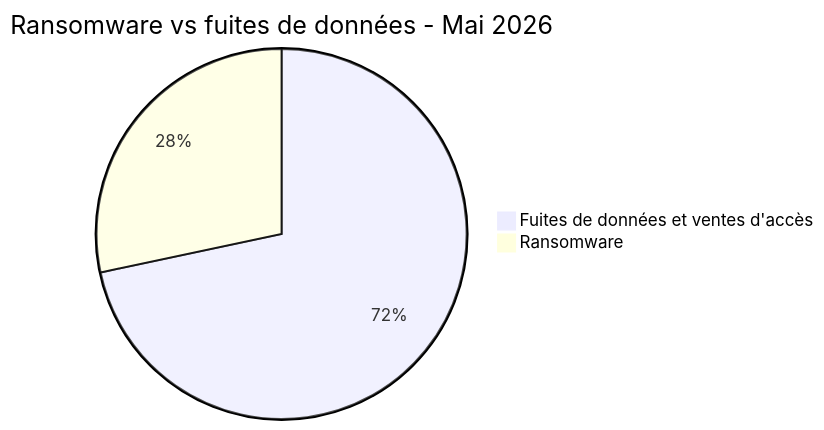
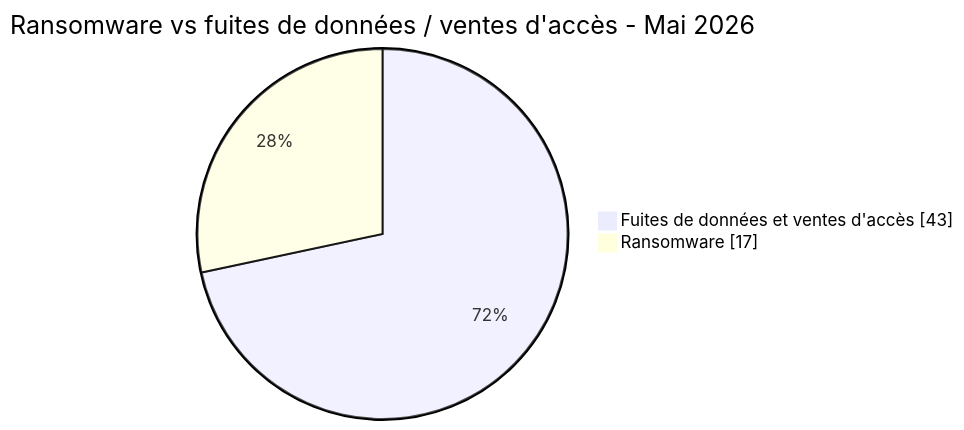
Before and after one commit to Hatchepsoute/AFRINTEL: the second of 4 diagrams in CyberAttackAfrica/2026/05-may/README_FR.md, drawn with Mermaid. The commit also changed other lines of this file and 1 other file, not shown here.

````diff
--- a/CyberAttackAfrica/2026/05-may/README_FR.md
+++ b/CyberAttackAfrica/2026/05-may/README_FR.md
@@ -147,6 +151,6 @@
 ```mermaid
-pie
- title Ransomware vs fuites de données - Mai 2026
+pie showData
+ title Ransomware vs fuites de données / ventes d'accès - Mai 2026
  "Fuites de données et ventes d'accès" : 43
  "Ransomware" : 17
 ```
````
